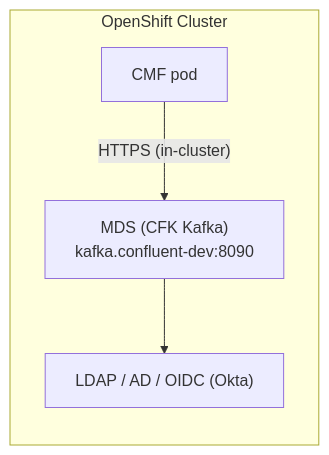
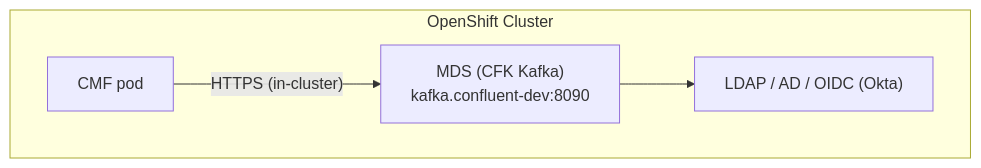
The fourth of 6 diagrams in docs/SECURITY.md (aadmassu/flink-on-k8s-with-cp), drawn with Mermaid before and after one commit.

Commit message:
Fix CFK Kafka MDS diagram to render horizontally

````diff
--- a/docs/SECURITY.md
+++ b/docs/SECURITY.md
@@ -204,11 +204,11 @@
 ```mermaid
 flowchart LR
     subgraph k8s["OpenShift Cluster"]
+        direction LR
         cmf["CMF pod"]
         mds["MDS (CFK Kafka)<br>kafka.confluent-dev:8090"]
         iam["LDAP / AD / OIDC (Okta)"]
+        cmf -->|"HTTPS (in-cluster)"| mds
+        mds --> iam
     end
-
-    cmf -->|"HTTPS (in-cluster)"| mds
-    mds --> iam
 ```
````
